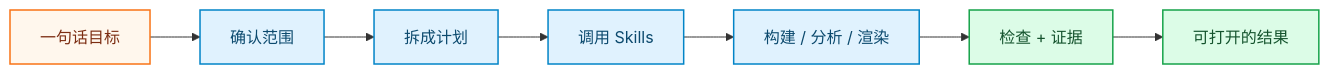
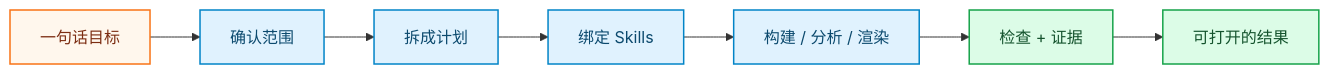
The second of 2 diagrams in README.zh.md (OhiraShusei/Vibe-Skills), drawn with Mermaid before and after one commit. The commit also changed other lines of this file and 373 other files, not shown here.

````diff
--- a/README.zh.md
+++ b/README.zh.md
@@ -208,23 +214,23 @@
 ```mermaid
 flowchart LR
     accTitle: VibeSkills 实践演示流程
     accDescr: 一个用户目标经过范围确认、计划拆分、Skill 调用、执行检查，最后交付可打开的结果。
 
     goal["一句话目标"]
     freeze["确认范围"]
     plan["拆成计划"]
-    route["调用 Skills"]
+    route["绑定 Skills"]
     work["构建 / 分析 / 渲染"]
     proof["检查 + 证据"]
     show["可打开的结果"]
 
     goal --> freeze --> plan --> route --> work --> proof --> show
 
     classDef goal fill:#fff7ed,stroke:#f97316,stroke-width:1.5px,color:#7c2d12
     classDef flow fill:#e0f2fe,stroke:#0284c7,stroke-width:1.5px,color:#0c4a6e
     classDef proof fill:#dcfce7,stroke:#16a34a,stroke-width:1.5px,color:#14532d
 
     class goal goal
     class freeze,plan,route,work flow
     class proof,show proof
 ```
````
